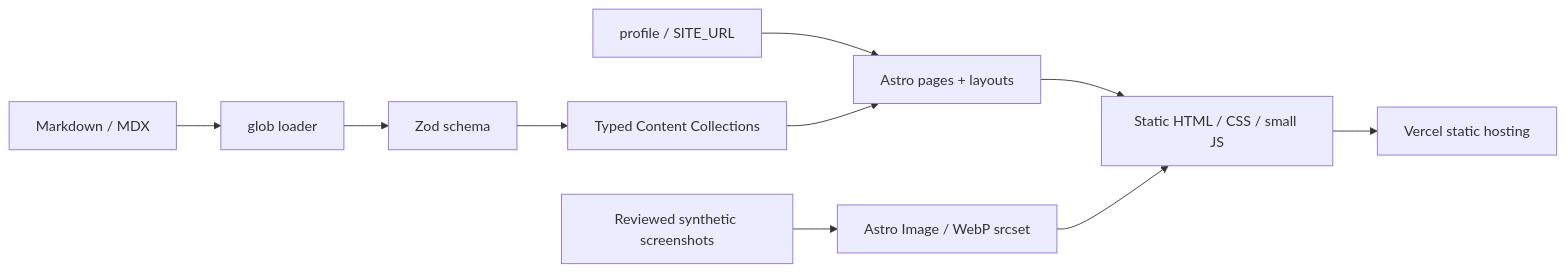
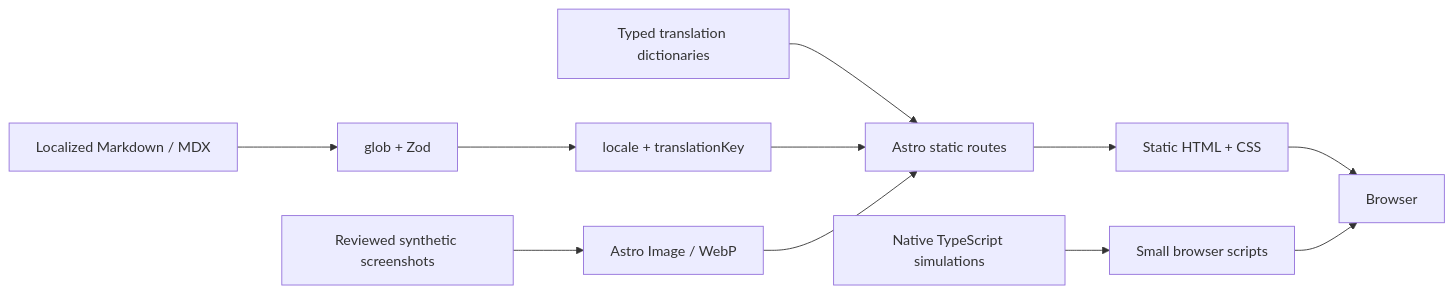
One commit to Cizing24/developer-portfolio changed the diagram in ARCHITECTURE.md. Above: the diagram before and after it, drawn with Mermaid. The commit also changed other lines of this file and 120 other files, not shown here.

````diff
--- a/ARCHITECTURE.md
+++ b/ARCHITECTURE.md
@@ -5,12 +5,13 @@
 ```mermaid
 flowchart LR
-  MD[Markdown / MDX] --> Loader[glob loader]
-  Loader --> Schema[Zod schema]
-  Schema --> Collections[Typed Content Collections]
-  Config[profile / SITE_URL] --> Pages[Astro pages + layouts]
-  Collections --> Pages
-  Pages --> Dist[Static HTML / CSS / small JS]
-  Images[Reviewed synthetic screenshots] --> Optimize[Astro Image / WebP srcset]
-  Optimize --> Dist
-  Dist --> Host[Vercel static hosting]
+  MD[Localized Markdown / MDX] --> Loader[glob + Zod]
+  Loader --> Content[locale + translationKey]
+  Dictionary[Typed translation dictionaries] --> Pages[Astro static routes]
+  Content --> Pages
+  Images[Reviewed synthetic screenshots] --> Image[Astro Image / WebP]
+  Image --> Pages
+  Pages --> HTML[Static HTML + CSS]
+  TS[Native TypeScript simulations] --> JS[Small browser scripts]
+  HTML --> Browser[Browser]
+  JS --> Browser
 ```
````
